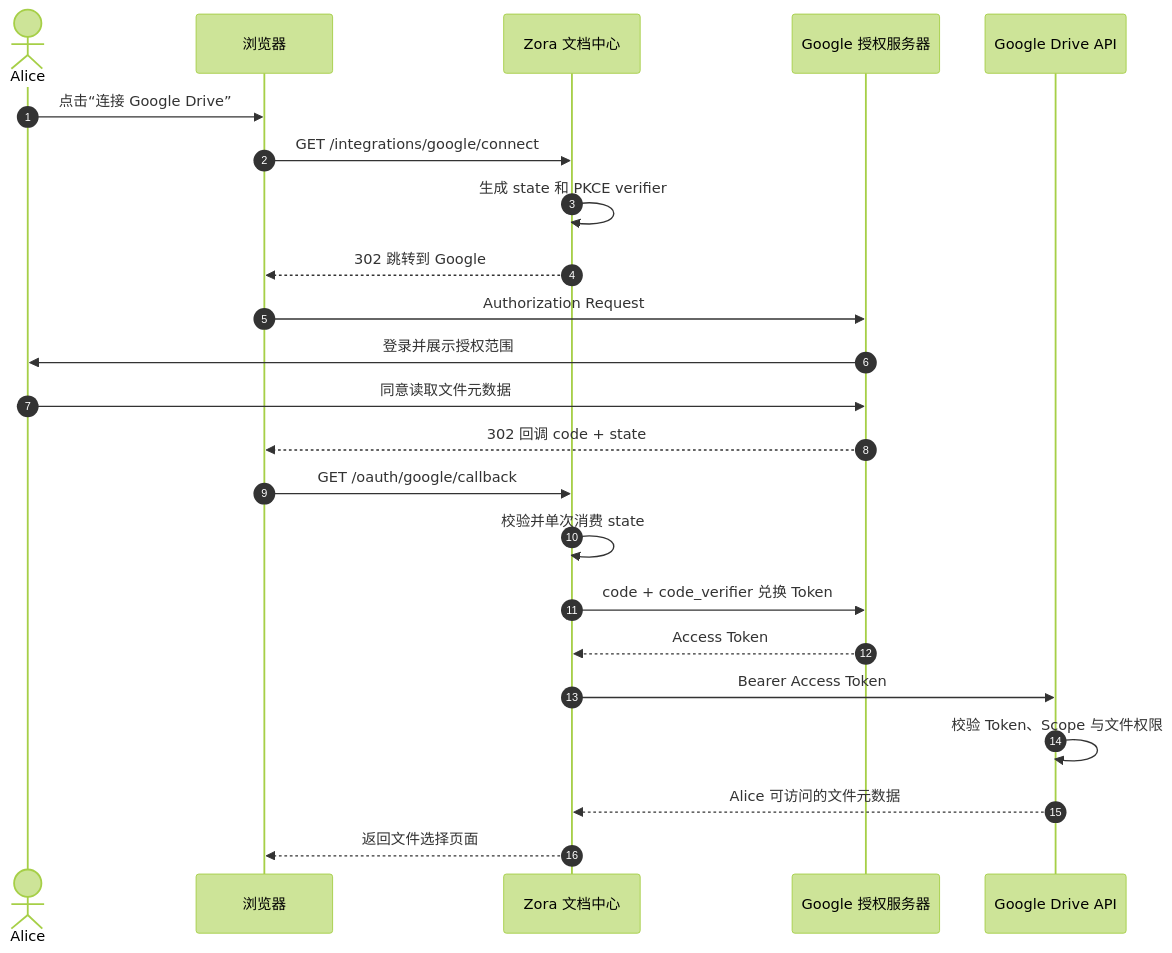
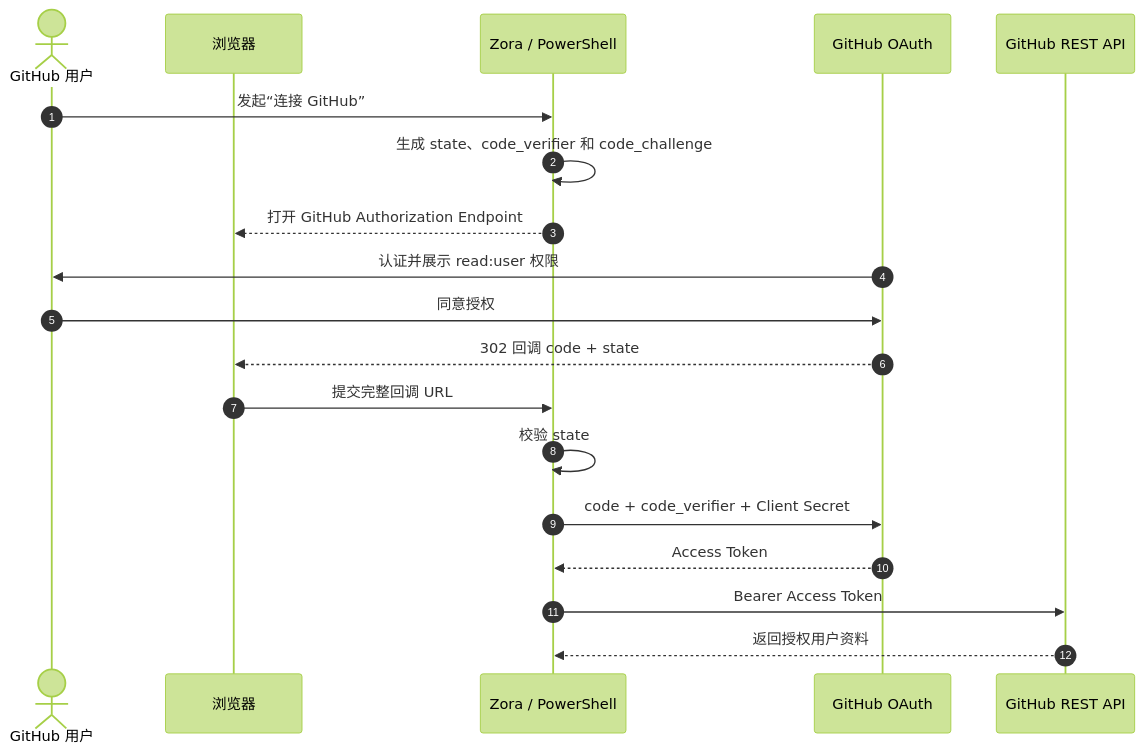
The second of 2 diagrams in zora-sso/docs/core/02-OAuth-2.0-授权.md (jack20170608/zora-apps), drawn with Mermaid (forest theme) before and after one commit. The commit also changed other lines of this file and 1 other file, not shown here.

````diff
--- a/zora-sso/docs/core/02-OAuth-2.0-授权.md
+++ b/zora-sso/docs/core/02-OAuth-2.0-授权.md
@@ -119,26 +135,22 @@
 ```mermaid
 sequenceDiagram
     autonumber
-    actor U as Alice
+    actor U as GitHub 用户
     participant B as 浏览器
-    participant C as Zora 文档中心
-    participant G as Google 授权服务器
-    participant D as Google Drive API
+    participant C as Zora / PowerShell
+    participant G as GitHub OAuth
+    participant D as GitHub REST API
 
-    U->>B: 点击“连接 Google Drive”
-    B->>C: GET /integrations/google/connect
-    C->>C: 生成 state 和 PKCE verifier
-    C-->>B: 302 跳转到 Google
-    B->>G: Authorization Request
-    G->>U: 登录并展示授权范围
-    U->>G: 同意读取文件元数据
+    U->>C: 发起“连接 GitHub”
+    C->>C: 生成 state、code_verifier 和 code_challenge
+    C-->>B: 打开 GitHub Authorization Endpoint
+    G->>U: 认证并展示 read:user 权限
+    U->>G: 同意授权
     G-->>B: 302 回调 code + state
-    B->>C: GET /oauth/google/callback
-    C->>C: 校验并单次消费 state
-    C->>G: code + code_verifier 兑换 Token
+    B->>C: 提交完整回调 URL
+    C->>C: 校验 state
+    C->>G: code + code_verifier + Client Secret
     G-->>C: Access Token
     C->>D: Bearer Access Token
-    D->>D: 校验 Token、Scope 与文件权限
-    D-->>C: Alice 可访问的文件元数据
-    C-->>B: 返回文件选择页面
+    D-->>C: 返回授权用户资料
 ```
````
